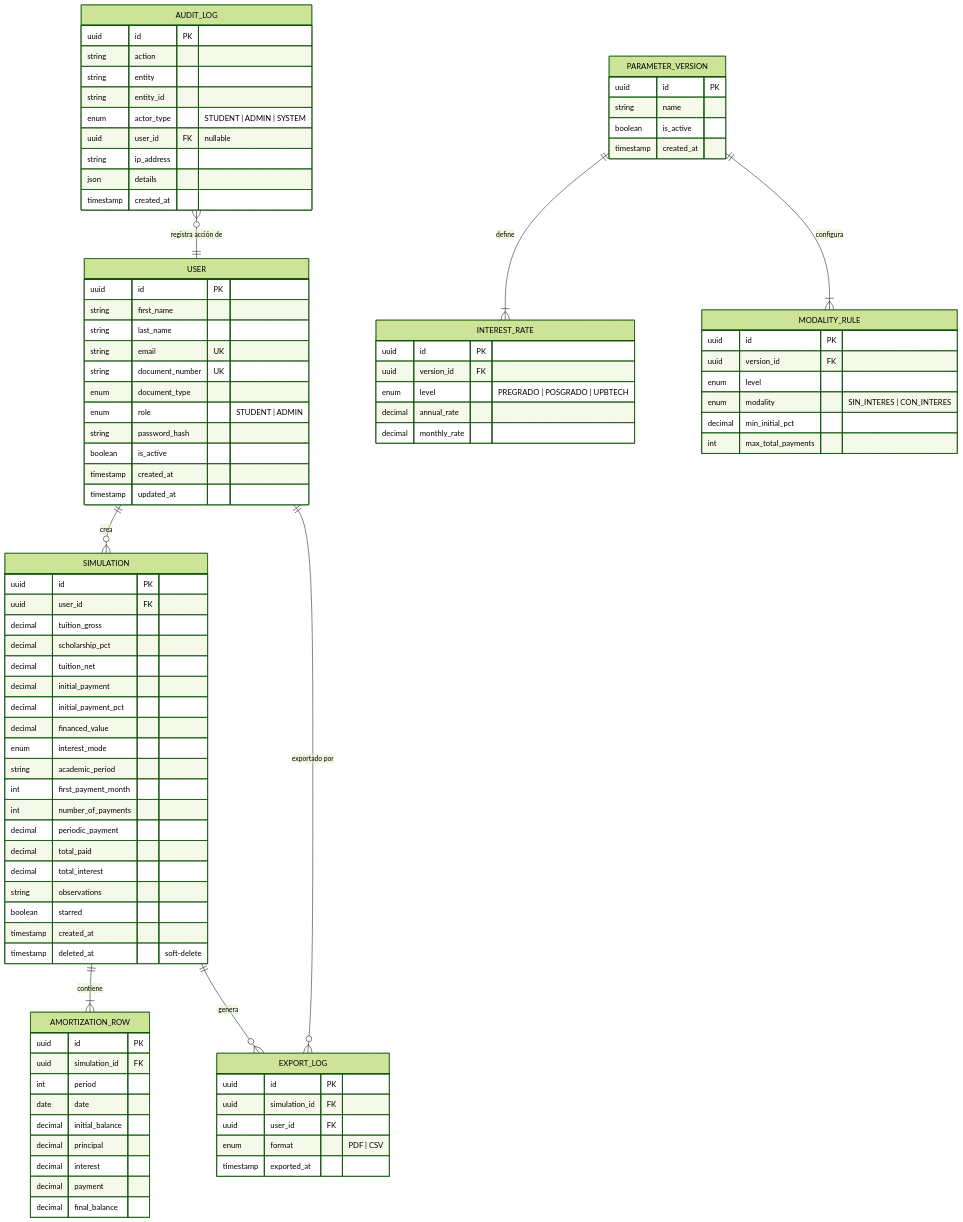
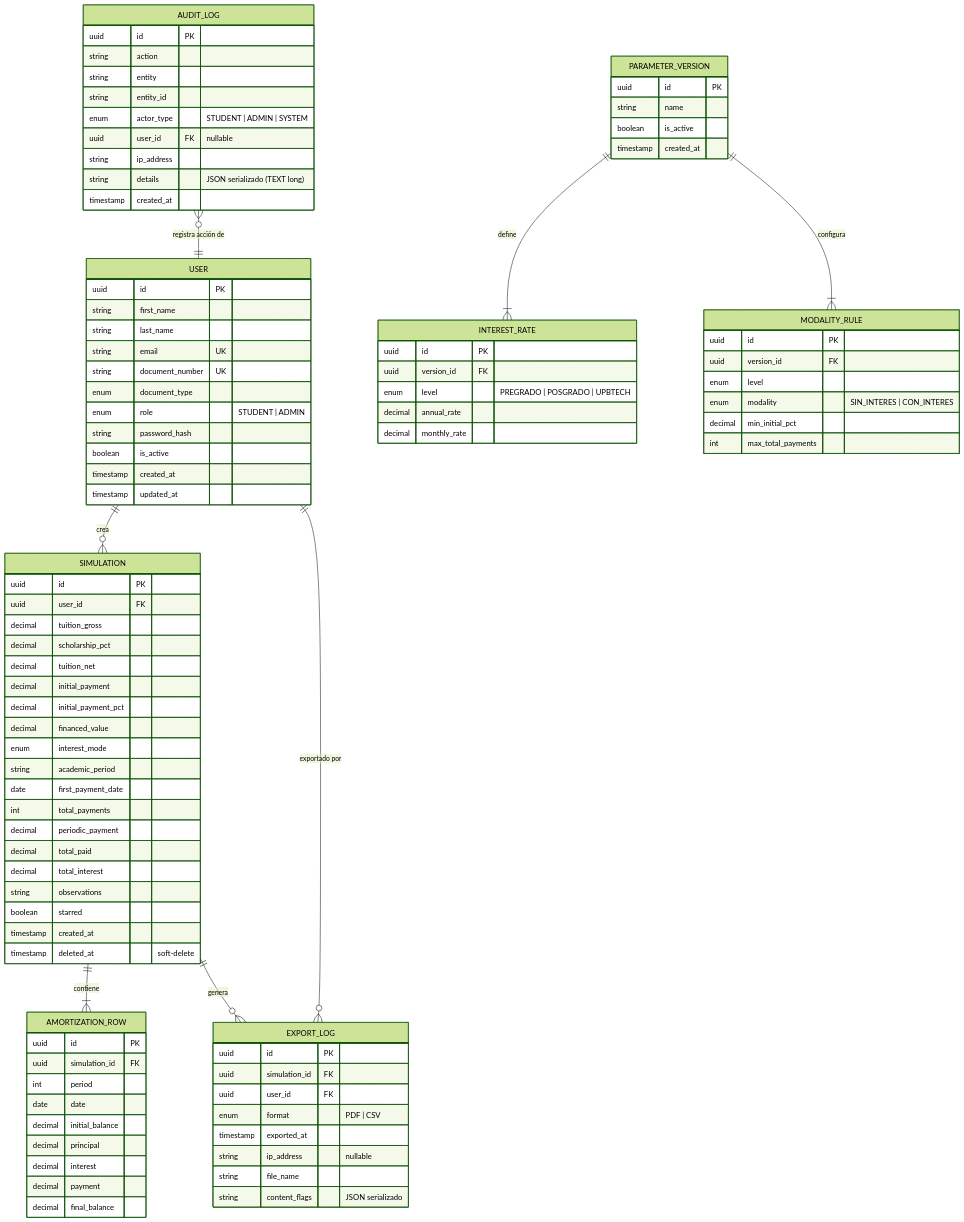
Before and after one commit to Dabji/Simulador-Credito-UPB: the ninth of 9 diagrams in docs/architecture/system-design.md, drawn with Mermaid (forest theme). The commit also changed other lines of this file and 2 other files, not shown here.

First line of the commit message:
docs(architecture): update system design and technical decisions to reflect current implementation details

```diff
--- a/docs/architecture/system-design.md
+++ b/docs/architecture/system-design.md
@@ -413,8 +415,8 @@
         decimal financed_value
         enum interest_mode
         string academic_period
-        int first_payment_month
-        int number_of_payments
+        date first_payment_date
+        int total_payments
         decimal periodic_payment
         decimal total_paid
         decimal total_interest
@@ -466,6 +468,9 @@
         uuid user_id FK
         enum format "PDF | CSV"
         timestamp exported_at
+        string ip_address "nullable"
+        string file_name
+        string content_flags "JSON serializado"
     }
 
     AUDIT_LOG {
@@ -476,7 +481,7 @@
         enum actor_type "STUDENT | ADMIN | SYSTEM"
         uuid user_id FK "nullable"
         string ip_address
-        json details
+        string details "JSON serializado (TEXT long)"
         timestamp created_at
     }
 
```
